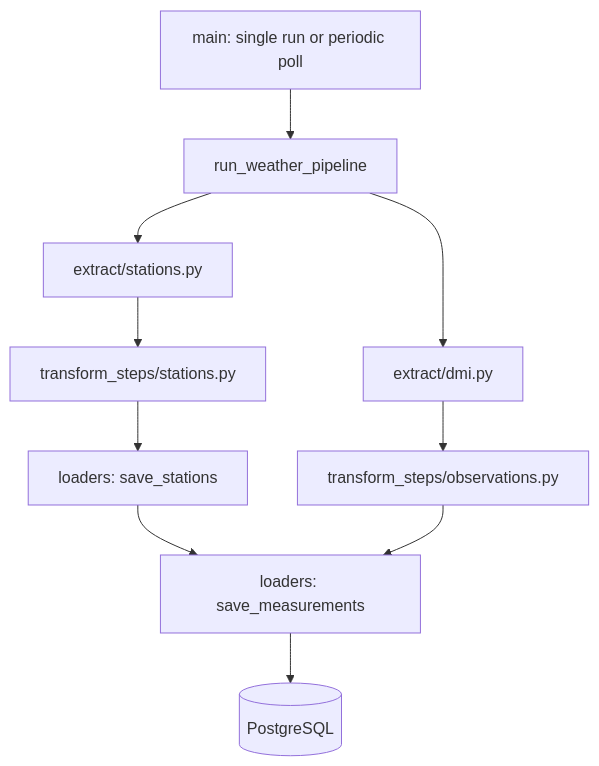
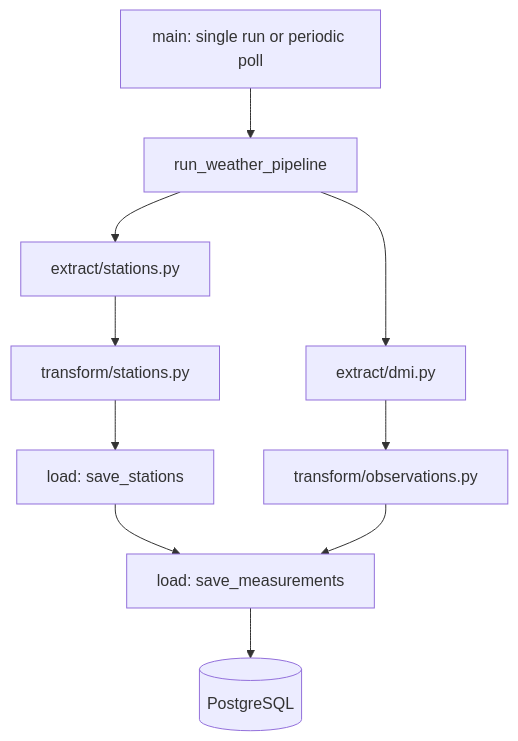
Before and after one commit to mielouise/environment_data_project: the fifth of 5 diagrams in README.md, drawn with Mermaid. The commit also changed other lines of this file, not shown here.

Commit message:
Use extract, transform, load and pipelines package names

````diff
--- a/README.md
+++ b/README.md
@@ -550,12 +550,12 @@
 ```mermaid
 flowchart TD
     Main[main: single run or periodic poll] --> Pipeline[run_weather_pipeline]
     Pipeline --> Stations[extract/stations.py]
     Pipeline --> Observations[extract/dmi.py]
-    Stations --> StationTransform[transform_steps/stations.py]
-    Observations --> MeasurementTransform[transform_steps/observations.py]
-    StationTransform --> StationLoad[loaders: save_stations]
-    StationLoad --> MeasurementLoad[loaders: save_measurements]
+    Stations --> StationTransform[transform/stations.py]
+    Observations --> MeasurementTransform[transform/observations.py]
+    StationTransform --> StationLoad[load: save_stations]
+    StationLoad --> MeasurementLoad[load: save_measurements]
     MeasurementTransform --> MeasurementLoad
     MeasurementLoad --> Database[(PostgreSQL)]
 ```
````
